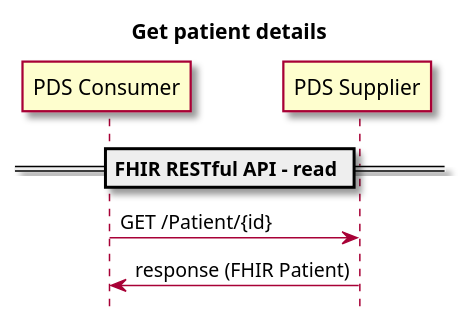
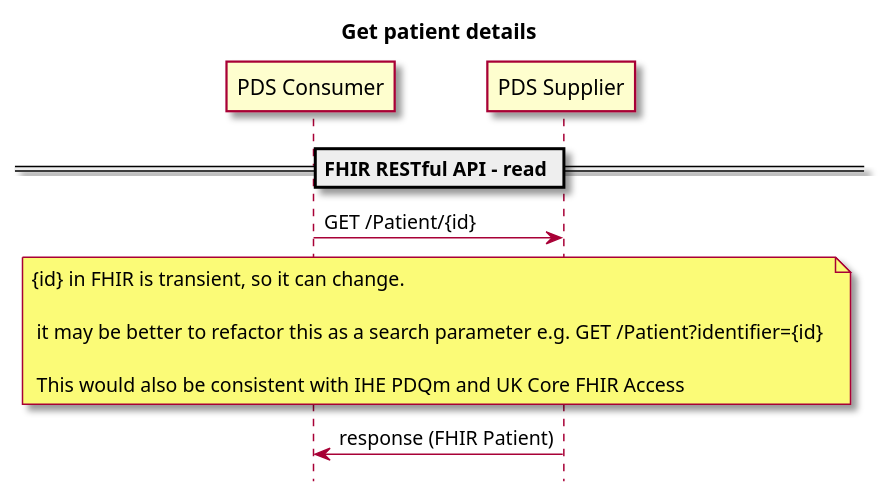
One commit to NHSDigital/interoperability-standards-documentation changed the diagram in input/images-source/personal-demographic-service-sequence-get-patient-details.plantuml. Above: the diagram before and after it, drawn with PlantUML. The commit also changed 6 other files, not shown here.

```diff
--- a/input/images-source/personal-demographic-service-sequence-get-patient-details.plantuml
+++ b/input/images-source/personal-demographic-service-sequence-get-patient-details.plantuml
@@ -1,20 +1,21 @@
 @startuml
 
 hide footbox
 
 skin rose
 
 title "Get patient details"
 
 
 participant "PDS Consumer" as PDSConsumer
 participant "PDS Supplier" as PDSSupplier
 
 
 == FHIR RESTful API - read ==
 
 PDSConsumer -> PDSSupplier : GET /Patient/{id}
+note over PDSConsumer,PDSSupplier : {id} in FHIR is transient, so it can change. \n\n it may be better to refactor this as a search parameter e.g. GET /Patient?identifier={id} \n\n This would also be consistent with IHE PDQm and UK Core FHIR Access
 PDSSupplier -> PDSConsumer : response (FHIR Patient)
 
 
 @enduml
```
